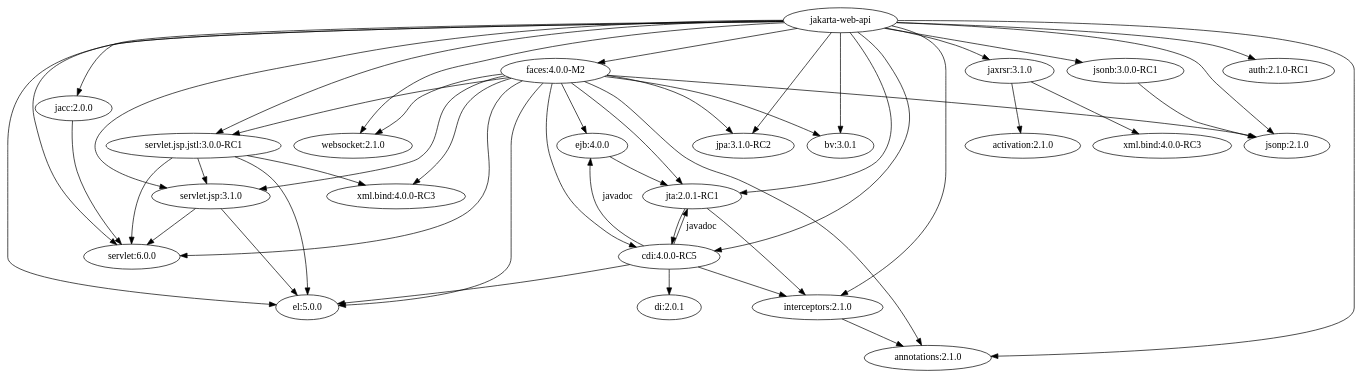
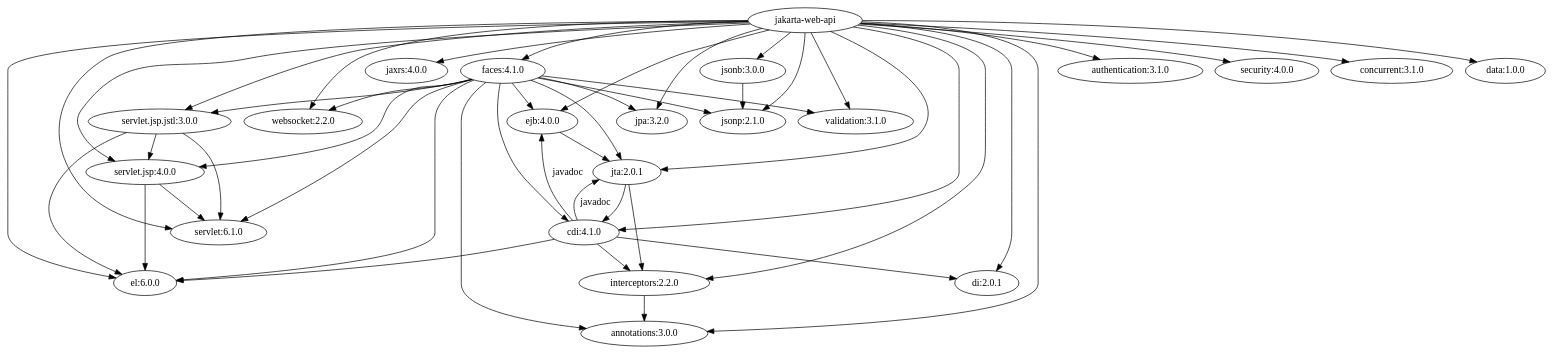
Before and after one commit to jakartaee/platform: the diagram in specification/src/main/asciidoc/web-dependencies.adoc, drawn with Graphviz. The commit also changed other lines of this file and 24 other files, not shown here.

```diff
--- a/specification/src/main/asciidoc/web-dependencies.adoc
+++ b/specification/src/main/asciidoc/web-dependencies.adoc
@@ -3,31 +3,30 @@
 [graphviz]
 -----------------------------------------------------------
-digraph EE10WebProfile {
+digraph EE11WebProfile {
 
 # Map a short node id to the label with version
 wp [label="jakarta-web-api"];
-servlet [label="servlet:6.0.0"];
-jsp [label="servlet.jsp:3.1.0"];
-el [label="el:5.0.0"];
-jstl [label="servlet.jsp.jstl:3.0.0-RC1"];
-jaxb [label="xml.bind:4.0.0-RC3"];
-faces [label="faces:4.0.0-M2"];
-jaxrs [label="jaxrsr:3.1.0"]
-websocket [label="websocket:2.1.0"];
+servlet [label="servlet:6.1.0"];
+jsp [label="servlet.jsp:4.0.0"];
+el [label="el:6.0.0"];
+jstl [label="servlet.jsp.jstl:3.0.0"];
+faces [label="faces:4.1.0"];
+jaxrs [label="jaxrs:4.0.0"]
+websocket [label="websocket:2.2.0"];
 jsonp [label="jsonp:2.1.0"];
-jsonb [label="jsonb:3.0.0-RC1"];
-annotations [label="annotations:2.1.0"];
+jsonb [label="jsonb:3.0.0"];
+annotations [label="annotations:3.0.0"];
 ejb [label="ejb:4.0.0"];
-jta [label="jta:2.0.1-RC1"];
-jpa [label="jpa:3.1.0-RC2"];
-bv [label="bv:3.0.1"];
-interceptors [label="interceptors:2.1.0"];
-cdi [label="cdi:4.0.0-RC5"];
+jta [label="jta:2.0.1"];
+jpa [label="jpa:3.2.0"];
+validation [label="validation:3.1.0"];
+interceptors [label="interceptors:2.2.0"];
+cdi [label="cdi:4.1.0"];
 di [label="di:2.0.1"];
-auth [label="auth:2.1.0-RC1"];
-jacc [label="jacc:2.0.0"];
-xml_bind [label="xml.bind:4.0.0-RC3"];
-activation [label="activation:2.1.0"];
+authn [label="authentication:3.1.0"];
+security [label="security:4.0.0"];
+concurrency [label="concurrent:3.1.0"];
+data [label="data:1.0.0"];
 
 wp -> servlet;
 wp -> jsp;
@@ -41,11 +40,15 @@
 wp -> jsonp;
 wp -> jaxrs;
 wp -> annotations;
-wp -> bv;
+wp -> validation;
 wp -> interceptors;
+wp -> di;
 wp -> cdi;
-wp -> auth;
-wp -> jacc;
+wp -> authn;
+wp -> ejb;
+wp -> security;
+wp -> concurrency;
+wp -> data;
 
 # JSP
 jsp -> servlet;
@@ -55,14 +58,13 @@
 jstl -> servlet ;
 jstl -> jsp ;
 jstl -> el ;
-jstl -> jaxb ;
 
 # Faces
 faces -> servlet;
 faces -> websocket;
 faces -> el;
 faces -> cdi;
-faces -> bv;
+faces -> validation;
 faces -> jta;
 faces -> jsp;
 faces -> jstl;
@@ -70,20 +72,12 @@
 faces -> ejb;
 faces -> jpa;
 faces -> annotations;
-faces -> jaxb;
 
 # jsonb
 jsonb -> jsonp;
 
-# jaxrs
-jaxrs -> xml_bind;
-jaxrs -> activation;
-
 # interceptors
 interceptors -> annotations;
-
-# jacc
-jacc -> servlet;
 
 # ejb
 ejb -> jta;
```
